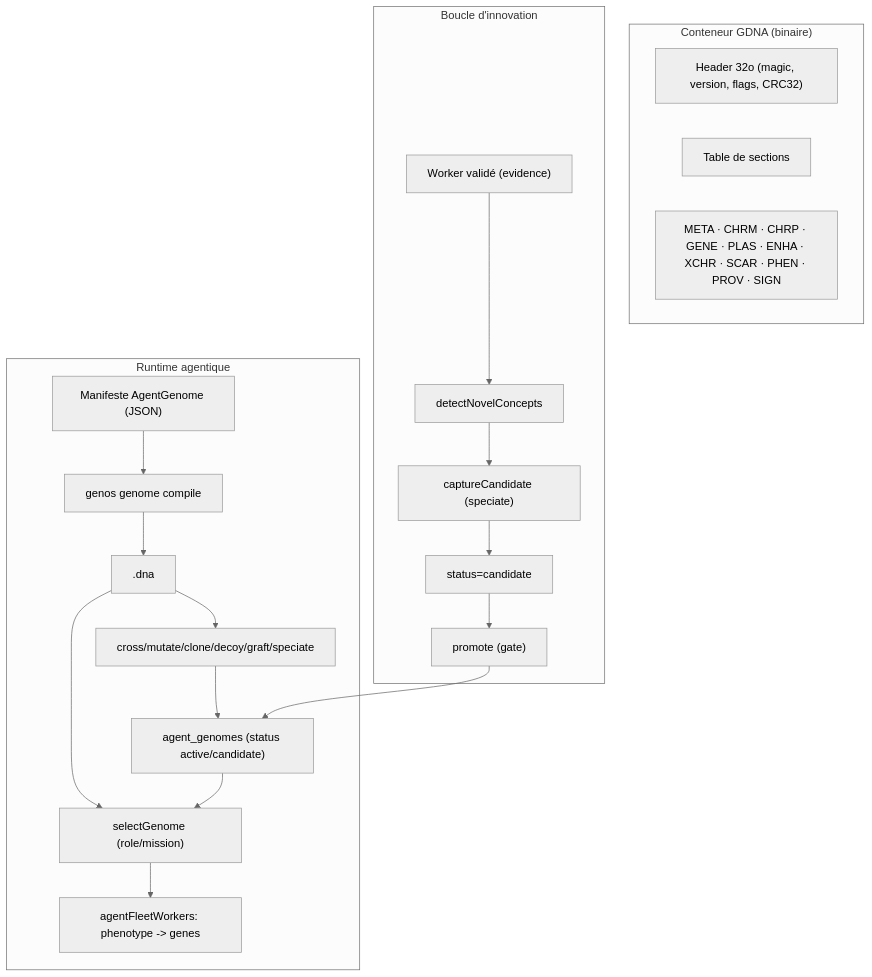
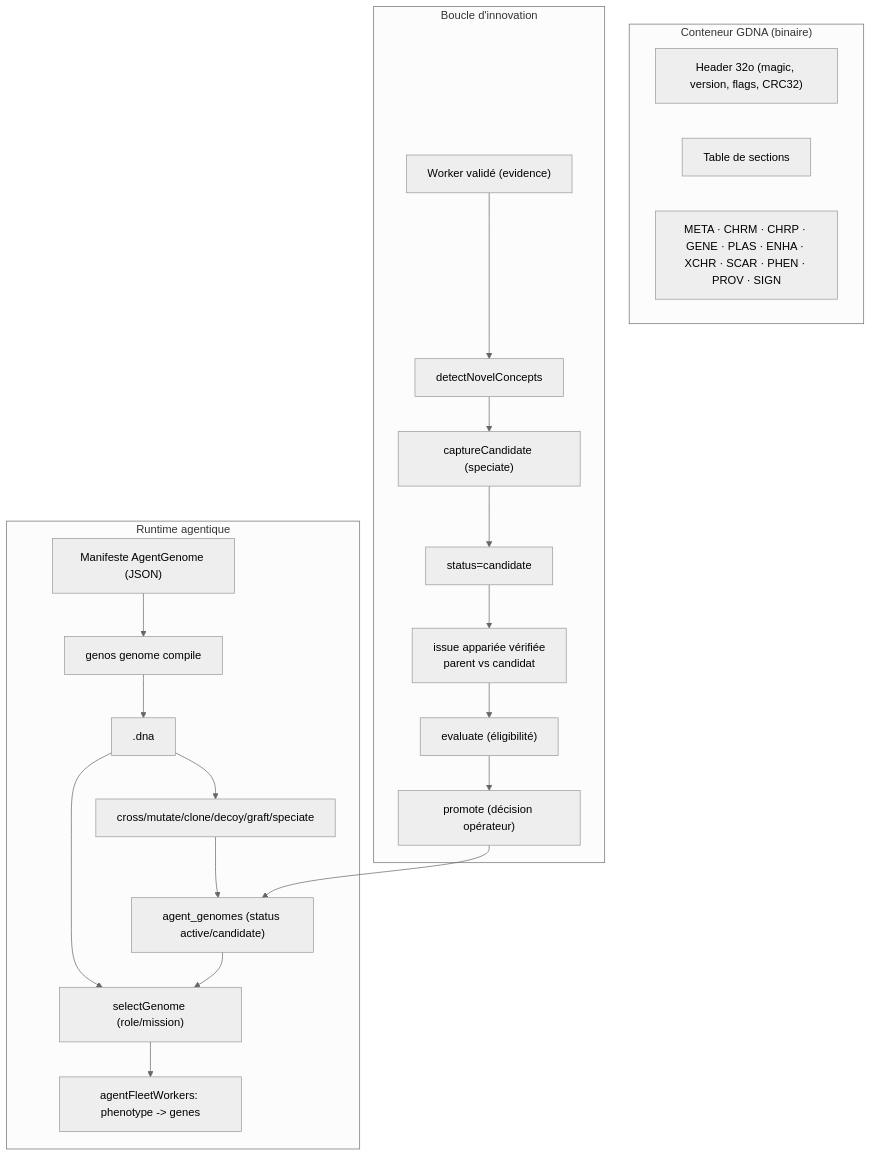
Before and after one commit to PISSARAW/GenOS: the diagram in docs/01-concepts/agent-dna-runtime.md, drawn with Mermaid (neutral theme). The commit also changed other lines of this file and 33 other files, not shown here.

````diff
--- a/docs/01-concepts/agent-dna-runtime.md
+++ b/docs/01-concepts/agent-dna-runtime.md
@@ -87,24 +95,26 @@
 ```mermaid
 flowchart TB
     subgraph Container["Conteneur GDNA (binaire)"]
         H["Header 32o (magic, version, flags, CRC32)"]
         T["Table de sections"]
         SEC["META · CHRM · CHRP · GENE · PLAS · ENHA · XCHR · SCAR · PHEN · PROV · SIGN"]
     end
     subgraph Runtime["Runtime agentique"]
         MAN["Manifeste AgentGenome (JSON)"] --> CMP["genos genome compile"]
         CMP --> DNA[".dna"]
         DNA --> SEL["selectGenome (role/mission)"]
         SEL --> SPAWN["agentFleetWorkers: phenotype -> genes"]
         DNA --> OPS["cross/mutate/clone/decoy/graft/speciate"]
         OPS --> DB["agent_genomes (status active/candidate)"]
         DB --> SEL
     end
     subgraph Innovation["Boucle d'innovation"]
         EV["Worker validé (evidence)"] --> DET["detectNovelConcepts"]
         DET --> CAP["captureCandidate (speciate)"]
         CAP --> CAND["status=candidate"]
-        CAND --> PROMO["promote (gate)"]
+        CAND --> PAIR["issue appariée vérifiée\nparent vs candidat"]
+        PAIR --> EVAL["evaluate (éligibilité)"]
+        EVAL --> PROMO["promote (décision opérateur)"]
         PROMO --> DB
     end
 ```
````
